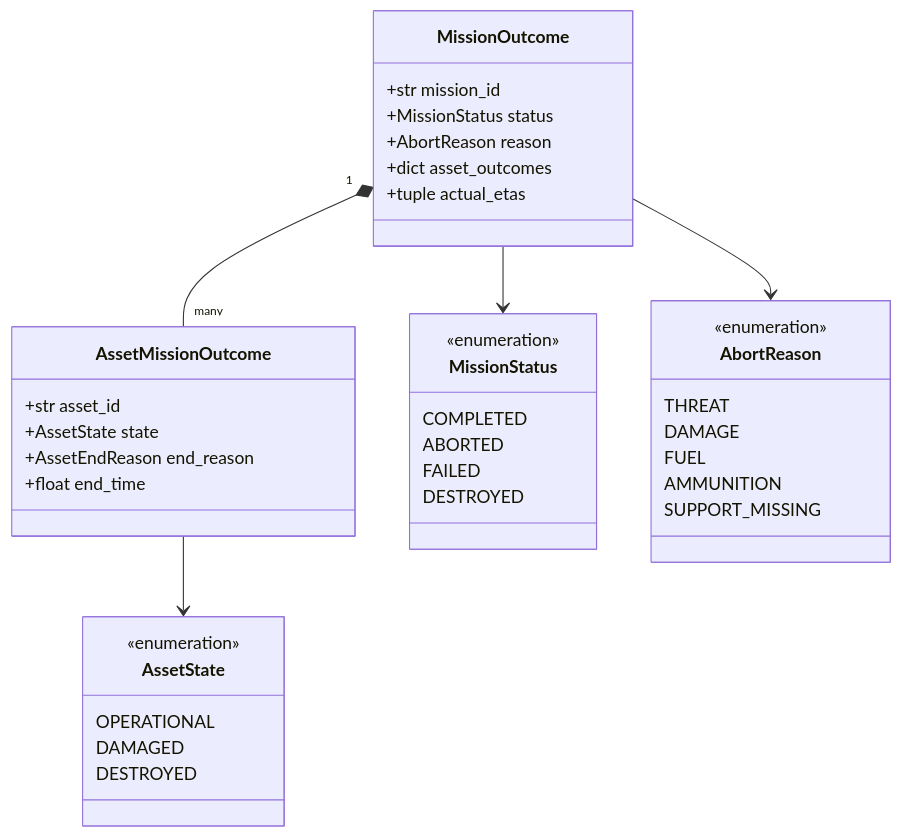
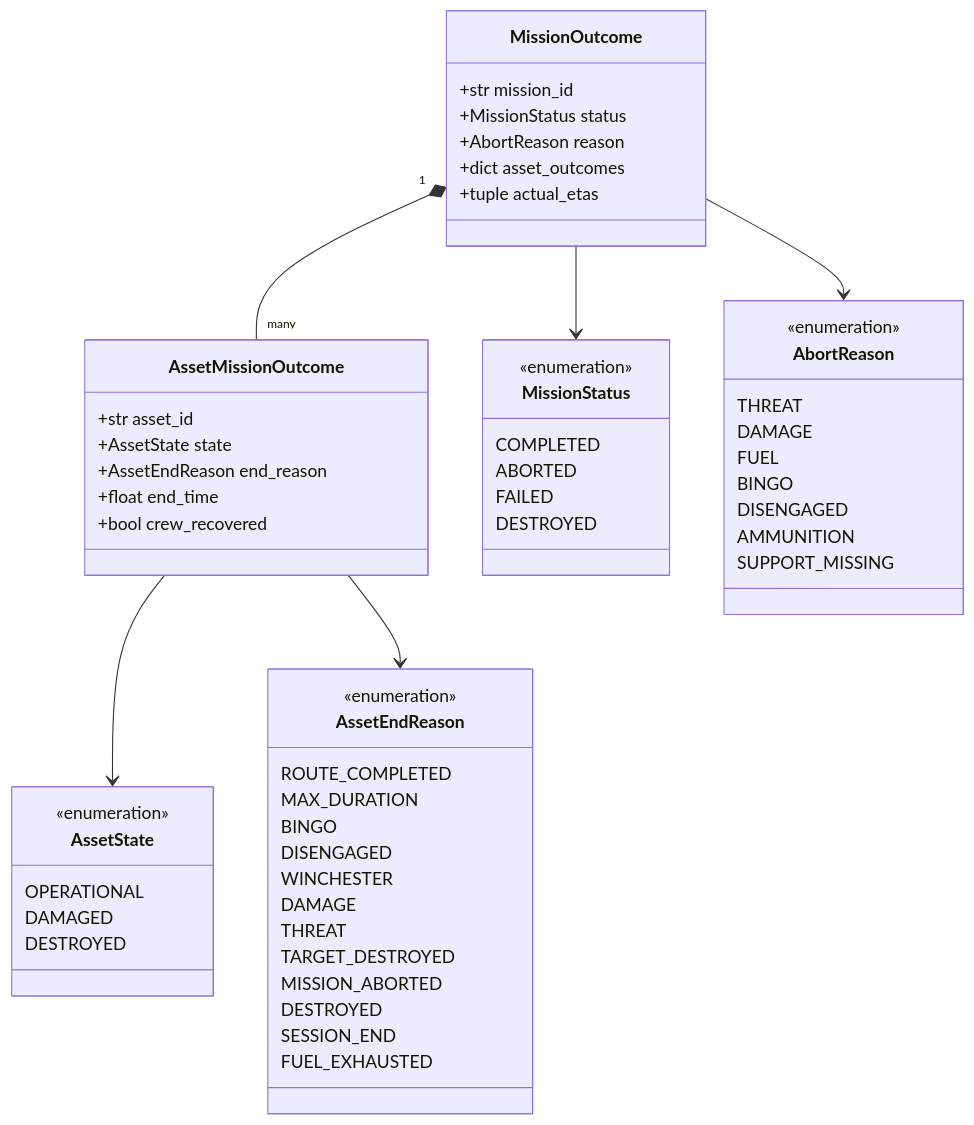
Before and after one commit to MakusIV/Warfare-Model: the third of 4 diagrams in Analysis/Document/Manuale_Motore_DES/03_Strato0_Contratto_Porte.md, drawn with Mermaid. The commit also changed other lines of this file and 9 other files, not shown here.

````diff
--- a/Analysis/Document/Manuale_Motore_DES/03_Strato0_Contratto_Porte.md
+++ b/Analysis/Document/Manuale_Motore_DES/03_Strato0_Contratto_Porte.md
@@ -424,42 +451,61 @@
 ```mermaid
 classDiagram
     class MissionOutcome {
         +str mission_id
         +MissionStatus status
         +AbortReason reason
         +dict asset_outcomes
         +tuple actual_etas
     }
     class AssetMissionOutcome {
         +str asset_id
         +AssetState state
         +AssetEndReason end_reason
         +float end_time
+        +bool crew_recovered
     }
     class MissionStatus {
         <<enumeration>>
         COMPLETED
         ABORTED
         FAILED
         DESTROYED
     }
     class AbortReason {
         <<enumeration>>
         THREAT
         DAMAGE
         FUEL
+        BINGO
+        DISENGAGED
         AMMUNITION
         SUPPORT_MISSING
     }
     class AssetState {
         <<enumeration>>
         OPERATIONAL
         DAMAGED
         DESTROYED
     }
+    class AssetEndReason {
+        <<enumeration>>
+        ROUTE_COMPLETED
+        MAX_DURATION
+        BINGO
+        DISENGAGED
+        WINCHESTER
+        DAMAGE
+        THREAT
+        TARGET_DESTROYED
+        MISSION_ABORTED
+        DESTROYED
+        SESSION_END
+        FUEL_EXHAUSTED
+    }
 
     MissionOutcome "1" *-- "many" AssetMissionOutcome
     MissionOutcome --> MissionStatus
     MissionOutcome --> AbortReason
     AssetMissionOutcome --> AssetState
+    AssetMissionOutcome --> AssetEndReason
 ```
````
